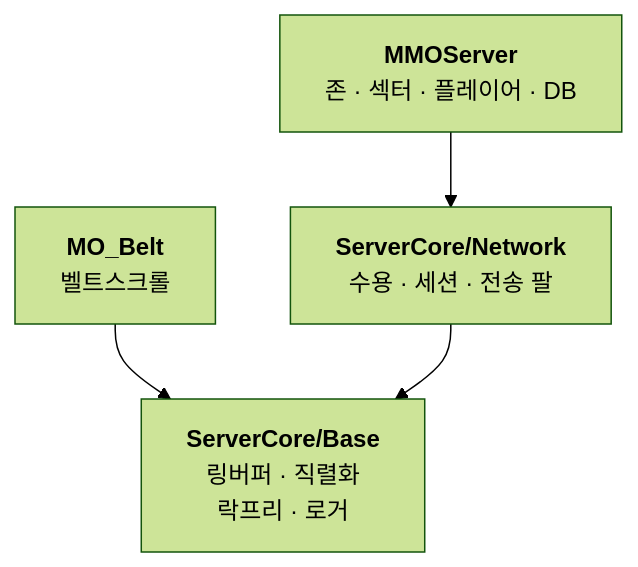
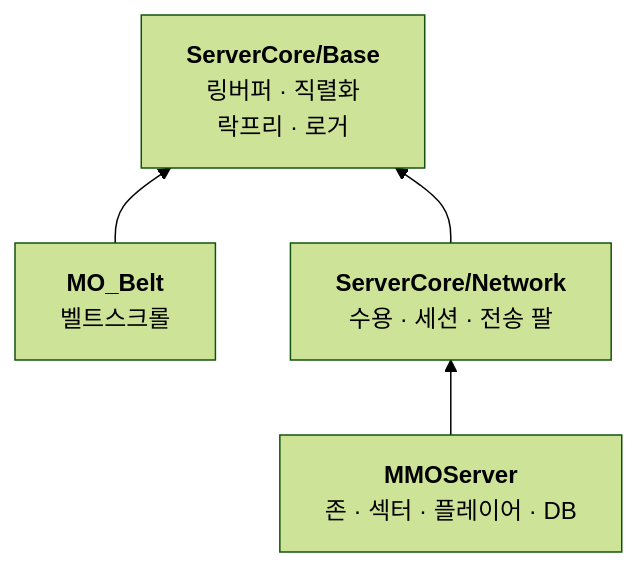
The diagram in README.md (cocoz93/MMO_Zone), drawn with Mermaid (forest theme) before and after one commit.

Commit message:
README 그림 방향을 토대가 위로 오게 뒤집음
- flowchart TD → BT. 읽는 순서(위→아래)가 토대→전송→게임이 되고 화살표는 「딛는다」로 위를 향한다

````diff
--- a/README.md
+++ b/README.md
@@ -38,10 +38,10 @@
 ```mermaid
-flowchart TD
+flowchart BT
     M["<b>MMOServer</b><br/>존 · 섹터 · 플레이어 · DB"]
     B["<b>MO_Belt</b><br/>벨트스크롤"]
     N["<b>ServerCore/Network</b><br/>수용 · 세션 · 전송 팔"]
     S["<b>ServerCore/Base</b><br/>링버퍼 · 직렬화<br/>락프리 · 로거"]
     M --> N
     B --> S
     N --> S
 ```
````
